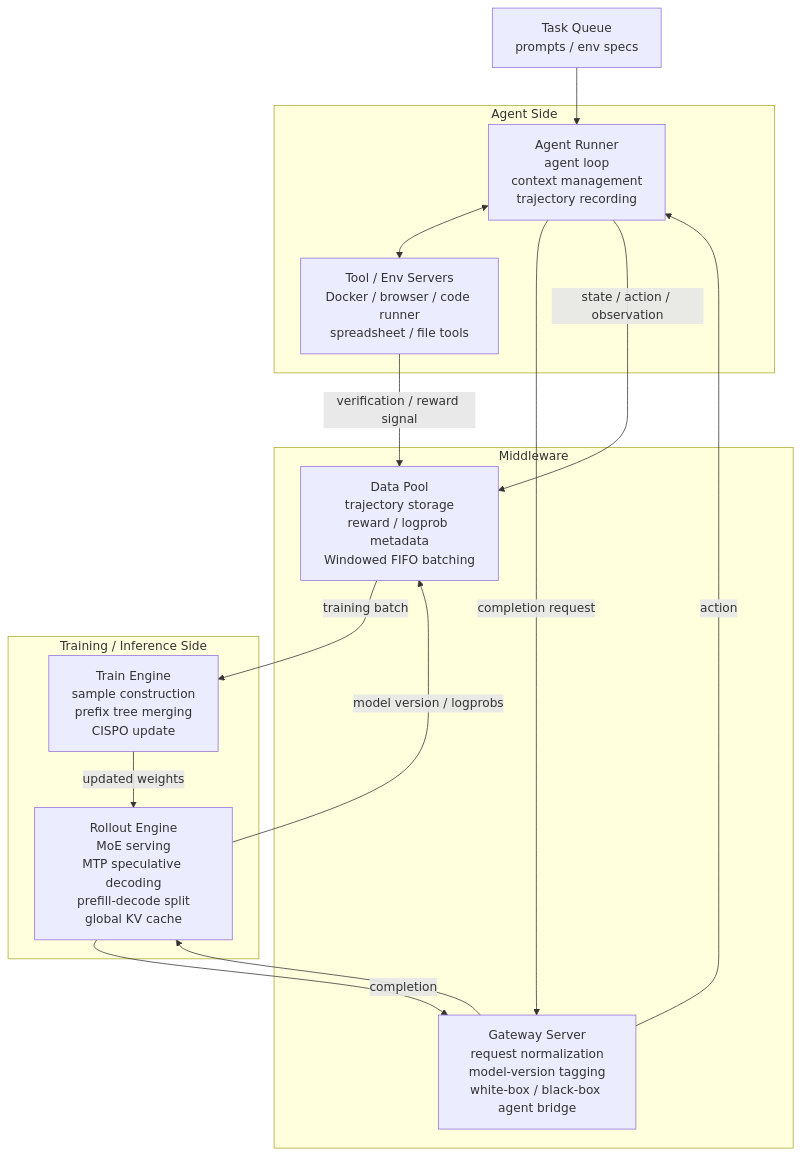
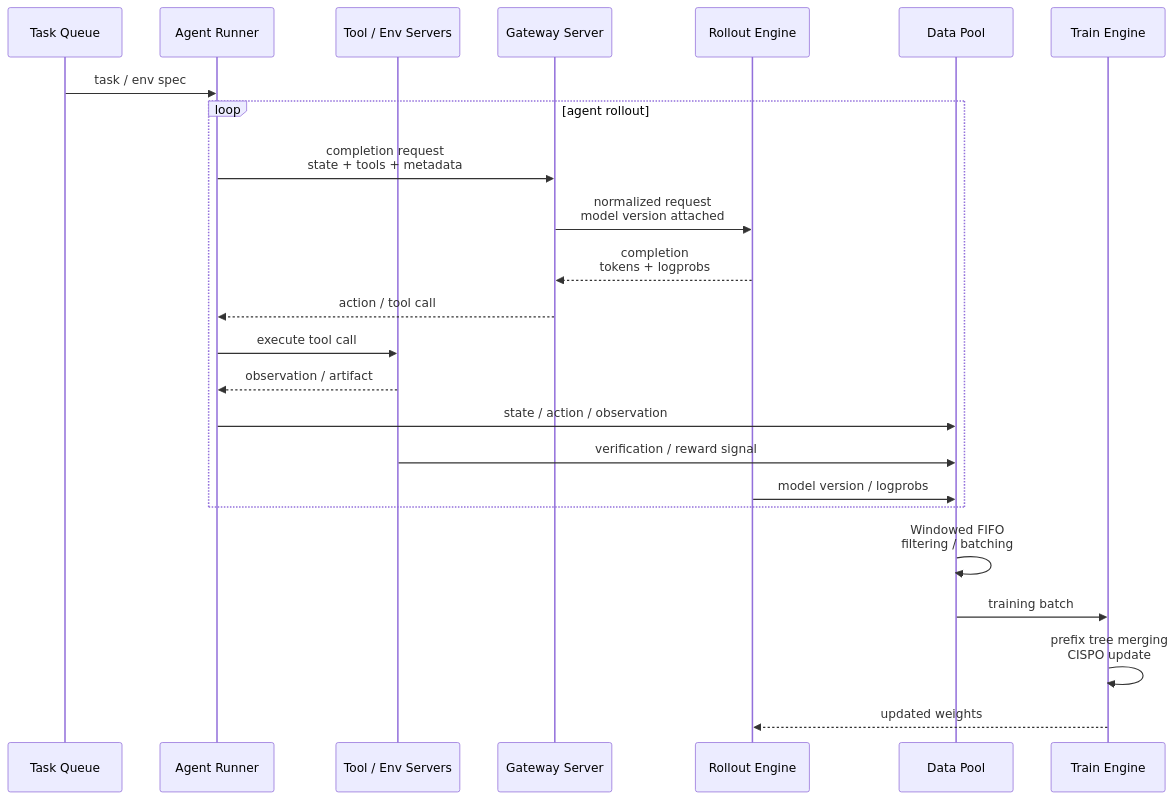
One commit to zrss/zrss.github.io changed the first of 2 diagrams in source/_posts/minimax-m2-series.md. Above: the diagram before and after it, drawn with Mermaid. The commit also changed other lines of this file, not shown here.

Commit message:
Refine MiniMax M2 post diagrams

```diff
--- a/source/_posts/minimax-m2-series.md
+++ b/source/_posts/minimax-m2-series.md
@@ -472,30 +472,26 @@
-{% mermaid flowchart TB %}
-  task["Task Queue<br/>prompts / env specs"]
+{% mermaid sequenceDiagram %}
+  participant T as Task Queue
+  participant A as Agent Runner
+  participant E as Tool / Env Servers
+  participant G as Gateway Server
+  participant R as Rollout Engine
+  participant D as Data Pool
+  participant Tr as Train Engine
 
-  subgraph agent["Agent Side"]
-    runner["Agent Runner<br/>agent loop<br/>context management<br/>trajectory recording"]
-    tools["Tool / Env Servers<br/>Docker / browser / code runner<br/>spreadsheet / file tools"]
-    runner <--> tools
+  T->>A: task / env spec
+  loop agent rollout
+    A->>G: completion request<br/>state + tools + metadata
+    G->>R: normalized request<br/>model version attached
+    R-->>G: completion<br/>tokens + logprobs
+    G-->>A: action / tool call
+    A->>E: execute tool call
+    E-->>A: observation / artifact
+    A->>D: state / action / observation
+    E->>D: verification / reward signal
+    R->>D: model version / logprobs
   end
-
-  subgraph middleware["Middleware"]
-    gateway["Gateway Server<br/>request normalization<br/>model-version tagging<br/>white-box / black-box agent bridge"]
-    pool["Data Pool<br/>trajectory storage<br/>reward / logprob metadata<br/>Windowed FIFO batching"]
-  end
-
-  subgraph infer["Training / Inference Side"]
-    rollout["Rollout Engine<br/>MoE serving<br/>MTP speculative decoding<br/>prefill-decode split<br/>global KV cache"]
-    train["Train Engine<br/>sample construction<br/>prefix tree merging<br/>CISPO update"]
-  end
-
-  task --> runner
-  runner -- completion request --> gateway
-  gateway --> rollout
-  rollout -- completion --> gateway
-  gateway -- action --> runner
-  runner -- state / action / observation --> pool
-  tools -- verification / reward signal --> pool
-  pool -- training batch --> train
-  train -- updated weights --> rollout
-  rollout -- model version / logprobs --> pool
+  D->>D: Windowed FIFO<br/>filtering / batching
+  D->>Tr: training batch
+  Tr->>Tr: prefix tree merging<br/>CISPO update
+  Tr-->>R: updated weights
 {% endmermaid %}
```
